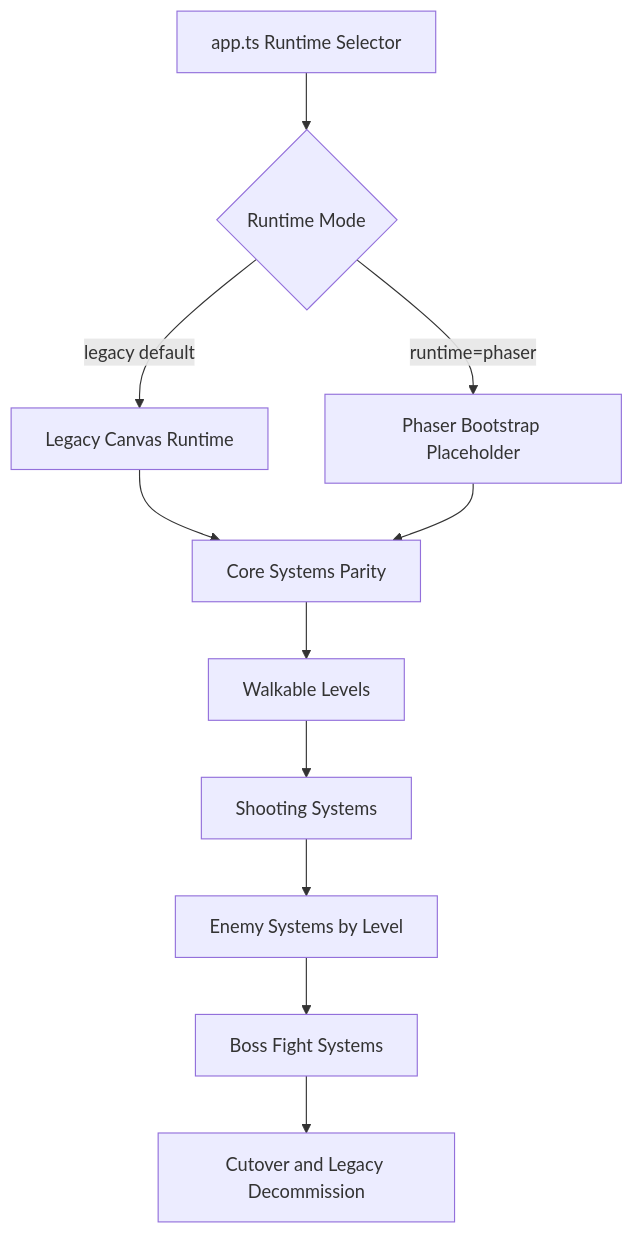
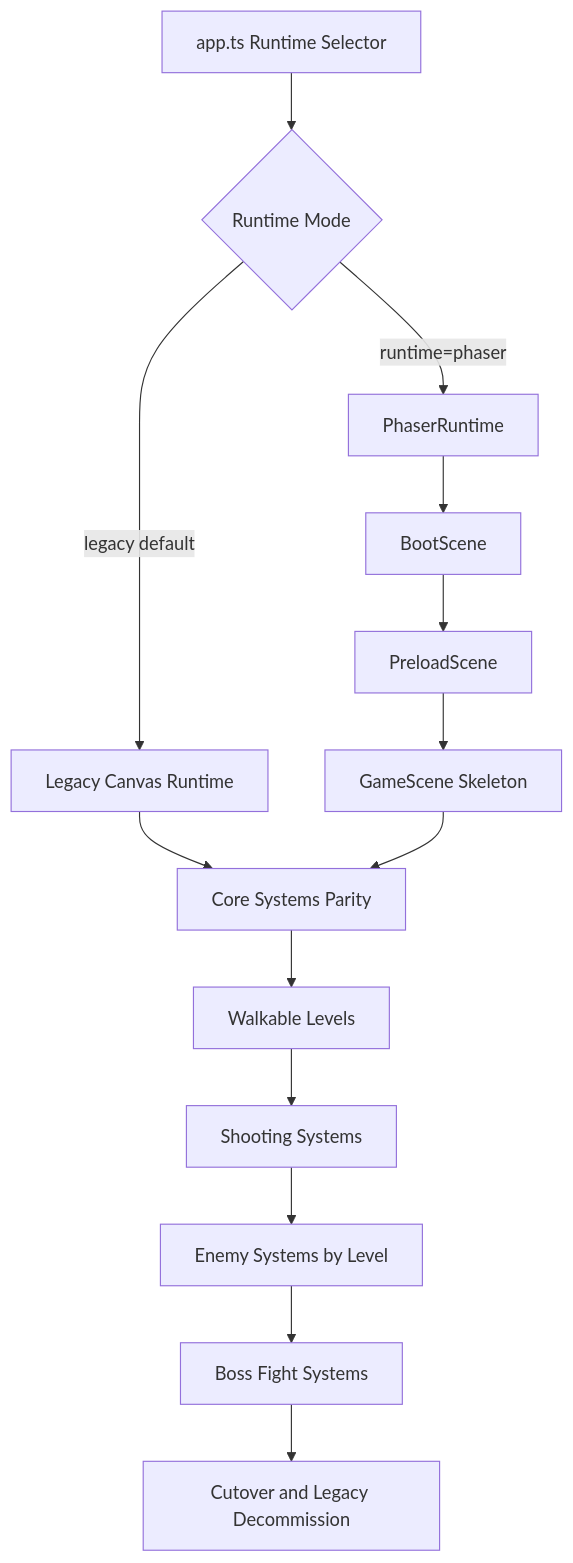
Before and after one commit to PatBaruch/VirusVanguardPhaser: the diagram in docs/architecture/phaser-migration.mmd, drawn with Mermaid. The commit also changed 15 other files, not shown here.

```diff
--- a/docs/architecture/phaser-migration.mmd
+++ b/docs/architecture/phaser-migration.mmd
@@ -1,11 +1,14 @@
 flowchart TD
   A[app.ts Runtime Selector] --> B{Runtime Mode}
   B -->|legacy default| C[Legacy Canvas Runtime]
-  B -->|runtime=phaser| D[Phaser Bootstrap Placeholder]
+  B -->|runtime=phaser| D[PhaserRuntime]
+  D --> D1[BootScene]
+  D1 --> D2[PreloadScene]
+  D2 --> D3[GameScene Skeleton]
   C --> E[Core Systems Parity]
-  D --> E
+  D3 --> E
   E --> F[Walkable Levels]
   F --> G[Shooting Systems]
   G --> H[Enemy Systems by Level]
   H --> I[Boss Fight Systems]
   I --> J[Cutover and Legacy Decommission]
```
